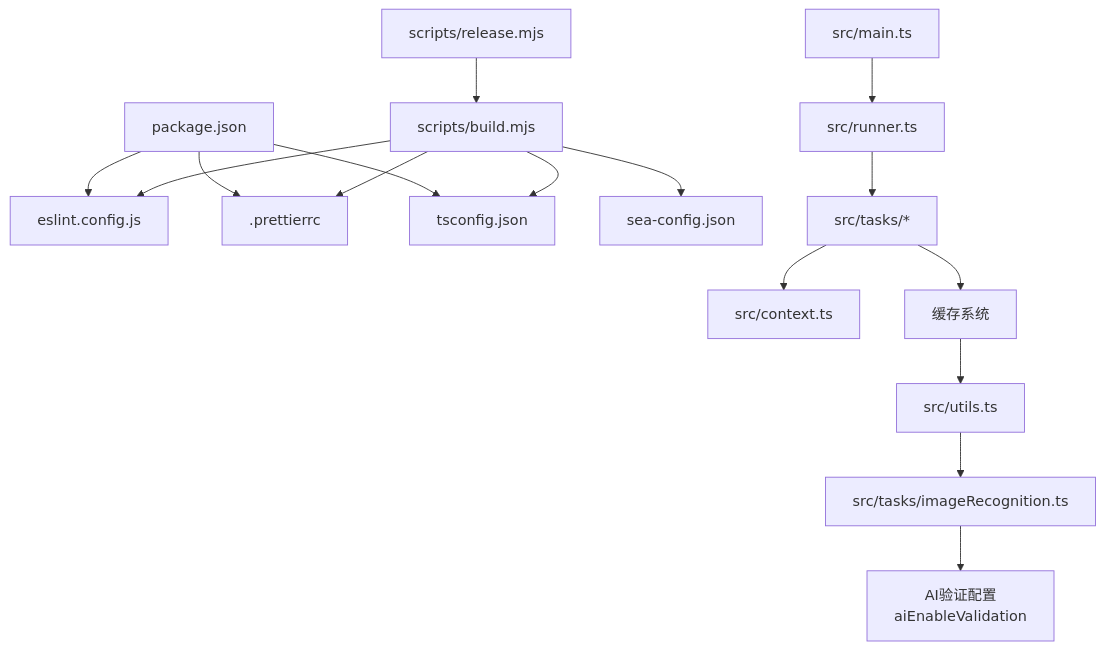
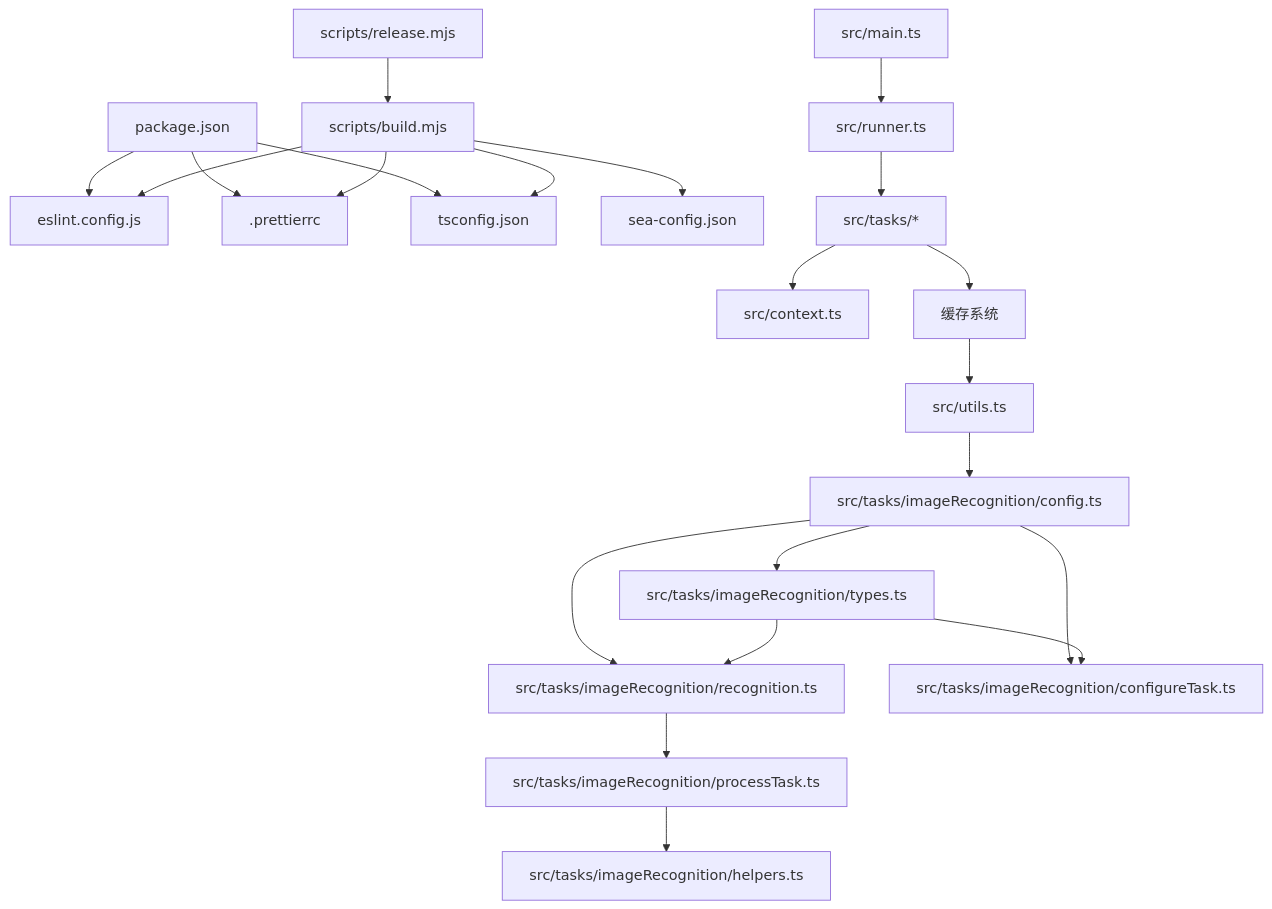
One commit to hllshiro/doc2md-cli changed the third of 3 diagrams in .qoder/repowiki/zh/content/API 参考文档/配置选项API.md. Above: the diagram before and after it, drawn with Mermaid. The commit also changed other lines of this file and 10 other files, not shown here.

First line of the commit message:
feat(imageRecognition): 增强AI验证与多内容类型识别功能

````diff
--- a/.qoder/repowiki/zh/content/API 参考文档/配置选项API.md
+++ b/.qoder/repowiki/zh/content/API 参考文档/配置选项API.md
@@ -383,18 +478,24 @@
 ```mermaid
 graph TB
 PKG["package.json"] --> ESL["eslint.config.js"]
 PKG --> PRET[".prettierrc"]
 PKG --> TSC["tsconfig.json"]
 BLD["scripts/build.mjs"] --> SEA["sea-config.json"]
 BLD --> TSC
 BLD --> ESL
 BLD --> PRET
 REL["scripts/release.mjs"] --> BLD
 SRC["src/main.ts"] --> RUN["src/runner.ts"]
 RUN --> TASKS["src/tasks/*"]
 TASKS --> CTX["src/context.ts"]
 TASKS --> CACHE["缓存系统"]
 CACHE --> UTILS["src/utils.ts"]
-UTILS --> IMAGE_TASK["src/tasks/imageRecognition.ts"]
-IMAGE_TASK --> AI_CONFIG["AI验证配置<br/>aiEnableValidation"]
+UTILS --> CONFIG["src/tasks/imageRecognition/config.ts"]
+CONFIG --> TYPES["src/tasks/imageRecognition/types.ts"]
+CONFIG --> RECOG["src/tasks/imageRecognition/recognition.ts"]
+CONFIG --> CONFIRM["src/tasks/imageRecognition/configureTask.ts"]
+TYPES --> RECOG
+TYPES --> CONFIRM
+RECOG --> PROCESS["src/tasks/imageRecognition/processTask.ts"]
+PROCESS --> HELPERS["src/tasks/imageRecognition/helpers.ts"]
 ```
````
